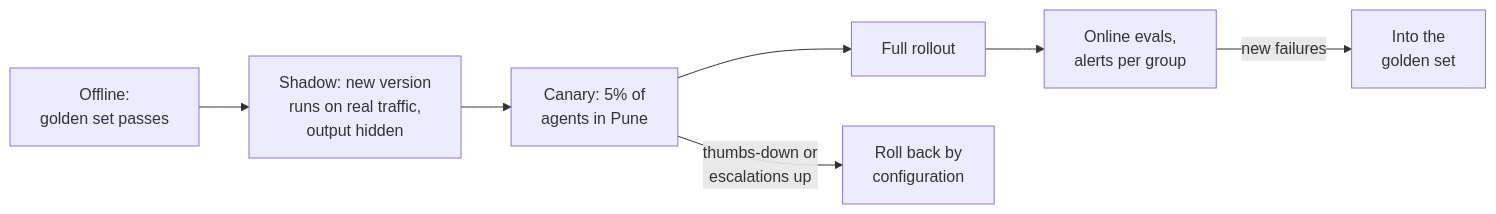
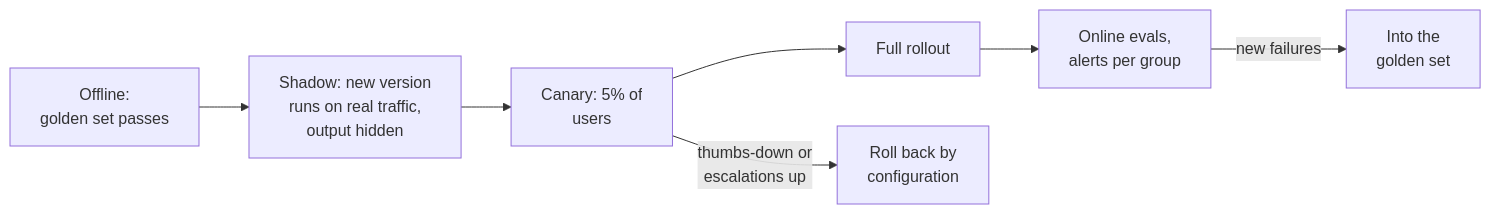
Before and after one commit to shubamchaudhary/CodeNITW: the fifth of 6 diagrams in src/Data/aiStackDocs/CH-09.md, drawn with Mermaid. The commit also changed other lines of this file and 32 other files, not shown here.

````diff
--- a/src/Data/aiStackDocs/CH-09.md
+++ b/src/Data/aiStackDocs/CH-09.md
@@ -102,9 +102,9 @@
 ```mermaid
 flowchart LR
     OF["Offline:<br/>golden set passes"] --> SH["Shadow: new version<br/>runs on real traffic,<br/>output hidden"]
-    SH --> CA["Canary: 5% of<br/>agents in Pune"]
+    SH --> CA["Canary: 5% of<br/>users"]
     CA --> FU["Full rollout"]
     CA -->|"thumbs-down or<br/>escalations up"| RB["Roll back by<br/>configuration"]
     FU --> ON["Online evals,<br/>alerts per group"]
     ON -->|"new failures"| GS["Into the<br/>golden set"]
 ```
````
